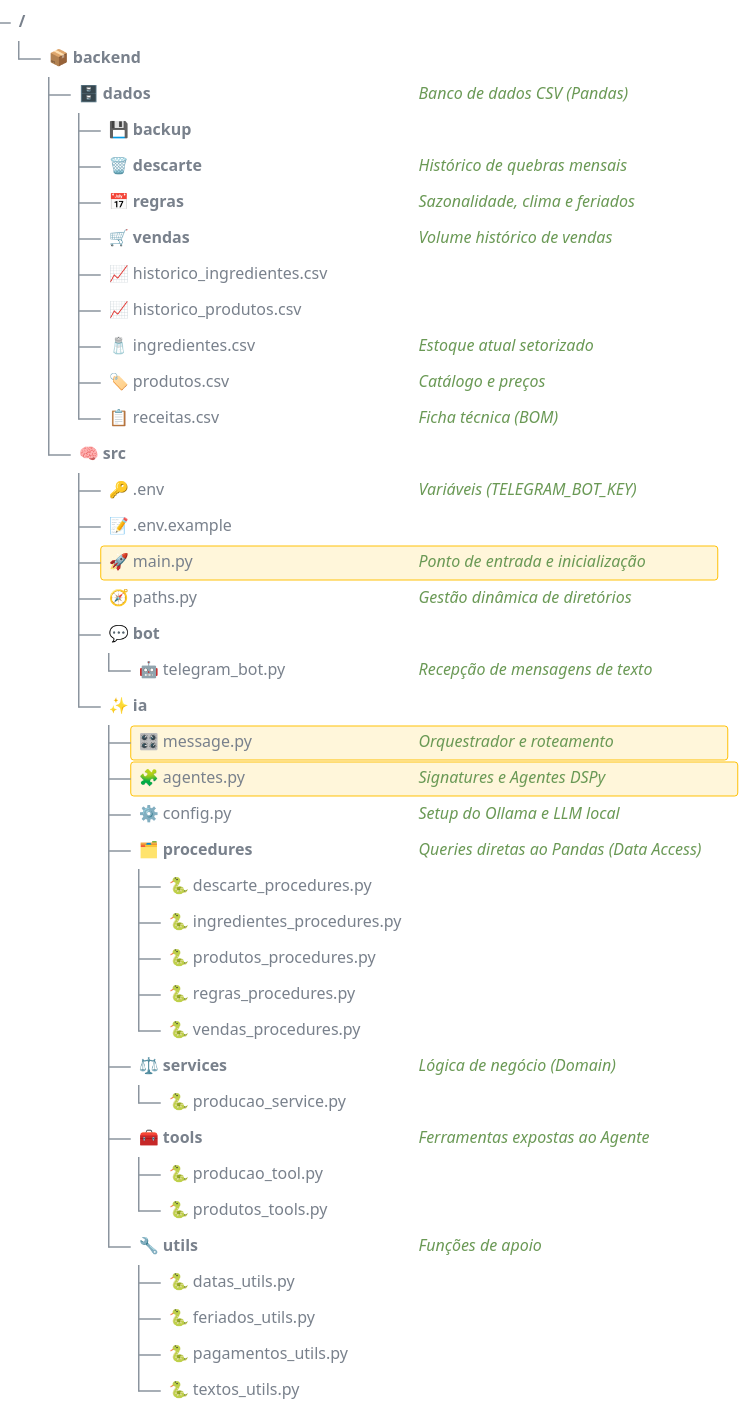
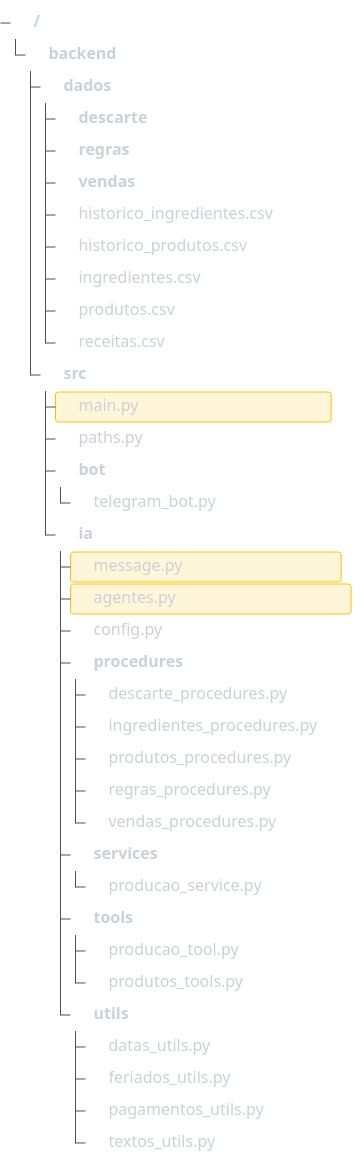
Before and after one commit to mvlsouza/api-1-semestre-2026-test: the second of 4 diagrams in docs/cliente/tecnico/Arquitetura.md, drawn with Mermaid.

````diff
--- a/docs/cliente/tecnico/Arquitetura.md
+++ b/docs/cliente/tecnico/Arquitetura.md
@@ -89,50 +89,73 @@
 ```mermaid
+
 %%{init: {
-  'treeView': {'showIcons': false, 'rowIndent': 22, 'paddingX': 8, 'paddingY': 7, 'lineThickness': 1.5},
-  'themeVariables': {'treeView': {
-    'labelFontSize': '16px', 'labelColor': '#79818c', 'lineColor': '#8b949e',
-    'descriptionColor': '#2ea043',
-    'highlightBg': 'rgba(139,92,246,0.18)', 'highlightStroke': '#8b5cf6'
-  }}
+  'treeView': {
+    'showIcons': true,
+    'defaultIconPack': 'material-icon-theme',
+    'filenameIcons': {
+      '.env': 'dotenv',
+      '.env.example': 'dotenv',
+      'main.py': 'python',
+      'message.py': 'python',
+      'agentes.py': 'python'
+    },
+    'extensionIcons': {
+      '.py': 'python',
+      '.csv': 'csv',
+      '.md': 'markdown',
+      '.json': 'json',
+      '.yaml': 'yaml',
+      '.yml': 'yaml',
+      '.toml': 'settings',
+      '.txt': 'document'
+    }
+  },
+  'themeVariables': {
+    'treeView': {
+      'labelFontSize': '16px',
+      'labelColor': '#c9d1d9',
+      'lineColor': '#484f58',
+      'descriptionColor': '#8b949e',
+      'highlightBg': 'rgba(88,166,255,0.12)',
+      'highlightStroke': '#58a6ff'
+    }
+  }
 }}%%
 treeView-beta
-📦 backend/
-├── 🗄️ dados/ ## Banco de dados CSV (Pandas)
-│   ├── 💾 backup/
-│   ├── 🗑️ descarte/ ## Histórico de quebras mensais
-│   ├── 📅 regras/ ## Sazonalidade, clima e feriados
-│   ├── 🛒 vendas/ ## Volume histórico de vendas
-│   ├── 📈 historico_ingredientes.csv
-│   ├── 📈 historico_produtos.csv
-│   ├── 🧂 ingredientes.csv ## Estoque atual setorizado
-│   ├── 🏷️ produtos.csv ## Catálogo e preços
-│   └── 📋 receitas.csv ## Ficha técnica (BOM)
-└── 🧠 src/
-    ├── 🔑 .env ## Variáveis (TELEGRAM_BOT_KEY)
-    ├── 📝 .env.example
-    ├── 🚀 main.py :::highlight ## Ponto de entrada e inicialização
-    ├── 🧭 paths.py ## Gestão dinâmica de diretórios
-    ├── 💬 bot/
-    │   └── 🤖 telegram_bot.py ## Recepção de mensagens de texto
-    └── ✨ ia/
-        ├── 🎛️ message.py :::highlight ## Orquestrador e roteamento
-        ├── 🧩 agentes.py :::highlight ## Signatures e Agentes DSPy
-        ├── ⚙️ config.py ## Setup do Ollama e LLM local
-        ├── 🗂️ procedures/ ## Queries diretas ao Pandas (Data Access)
-        │   ├── 🐍 descarte_procedures.py
-        │   ├── 🐍 ingredientes_procedures.py
-        │   ├── 🐍 produtos_procedures.py
-        │   ├── 🐍 regras_procedures.py
-        │   └── 🐍 vendas_procedures.py
-        ├── ⚖️ services/ ## Lógica de negócio (Domain)
-        │   └── 🐍 producao_service.py
-        ├── 🧰 tools/ ## Ferramentas expostas ao Agente
-        │   ├── 🐍 producao_tool.py
-        │   └── 🐍 produtos_tools.py
-        └── 🔧 utils/ ## Funções de apoio
-            ├── 🐍 datas_utils.py
-            ├── 🐍 feriados_utils.py
-            ├── 🐍 pagamentos_utils.py
-            └── 🐍 textos_utils.py
+    backend/
+        dados/
+            descarte/
+            regras/
+            vendas/
+            historico_ingredientes.csv
+            historico_produtos.csv
+            ingredientes.csv
+            produtos.csv
+            receitas.csv
+        src/
+            main.py :::highlight icon(logos:python)
+            paths.py icon(logos:react)
+            bot/
+                telegram_bot.py
+            ia/
+                message.py :::highlight
+                agentes.py :::highlight
+                config.py
+                procedures/
+                    descarte_procedures.py
+                    ingredientes_procedures.py
+                    produtos_procedures.py
+                    regras_procedures.py
+                    vendas_procedures.py
+                services/
+                    producao_service.py
+                tools/
+                    producao_tool.py
+                    produtos_tools.py
+                utils/
+                    datas_utils.py
+                    feriados_utils.py
+                    pagamentos_utils.py
+                    textos_utils.py
 
 ```
````
